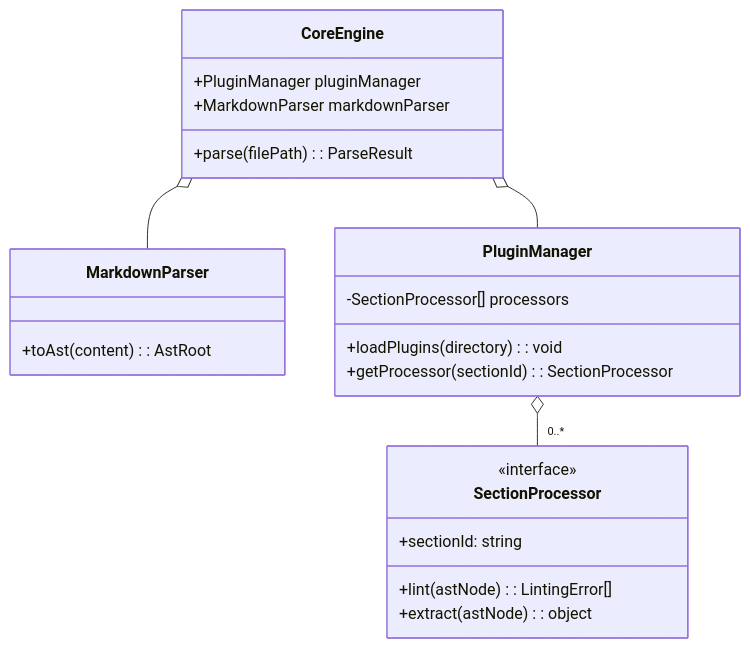
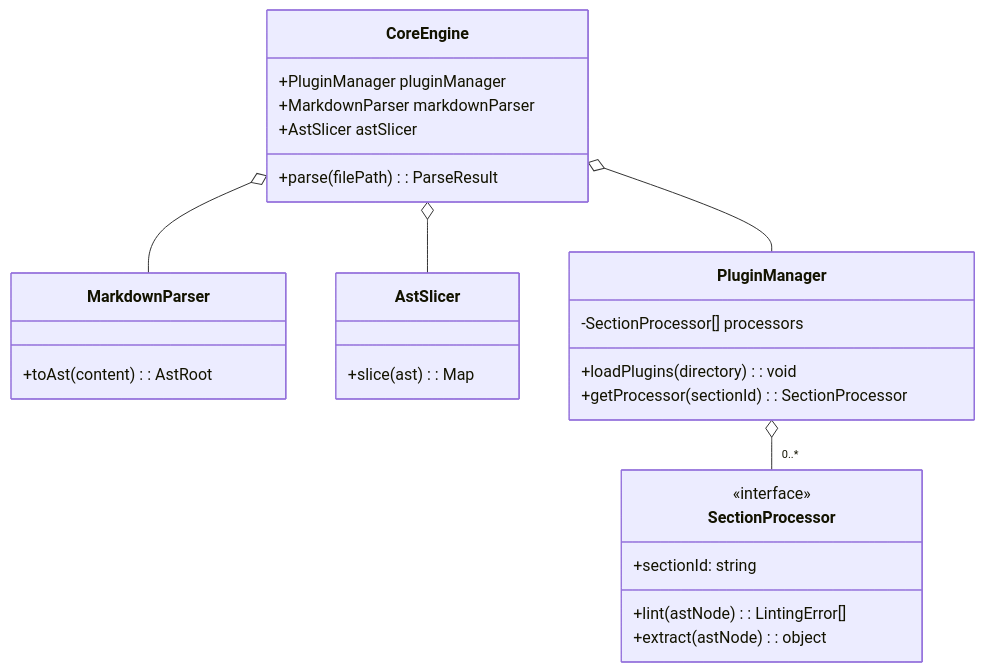
One commit to livelifelively/documentation-driven-development-tools changed the second of 4 diagrams in docs/requirements/p1-p5.t18-core-engine-parser.task.md. Above: the diagram before and after it, drawn with Mermaid. The commit also changed other lines of this file and 18 other files, not shown here.

````diff
--- a/docs/requirements/p1-p5.t18-core-engine-parser.task.md
+++ b/docs/requirements/p1-p5.t18-core-engine-parser.task.md
@@ -93,31 +93,37 @@
 ```mermaid
 classDiagram
     direction TB
 
     class CoreEngine {
         +PluginManager pluginManager
         +MarkdownParser markdownParser
+        +AstSlicer astSlicer
         +parse(filePath): ParseResult
     }
 
     class MarkdownParser {
         +toAst(content): AstRoot
+    }
+
+    class AstSlicer {
+        +slice(ast): Map<string, AstRoot>
     }
 
     class PluginManager {
         -SectionProcessor[] processors
         +loadPlugins(directory): void
         +getProcessor(sectionId): SectionProcessor
     }
 
     class SectionProcessor {
         <<interface>>
         +sectionId: string
         +lint(astNode): LintingError[]
         +extract(astNode): object
     }
 
     CoreEngine o-- PluginManager
     CoreEngine o-- MarkdownParser
+    CoreEngine o-- AstSlicer
     PluginManager o-- "0..*" SectionProcessor
 ```
````
